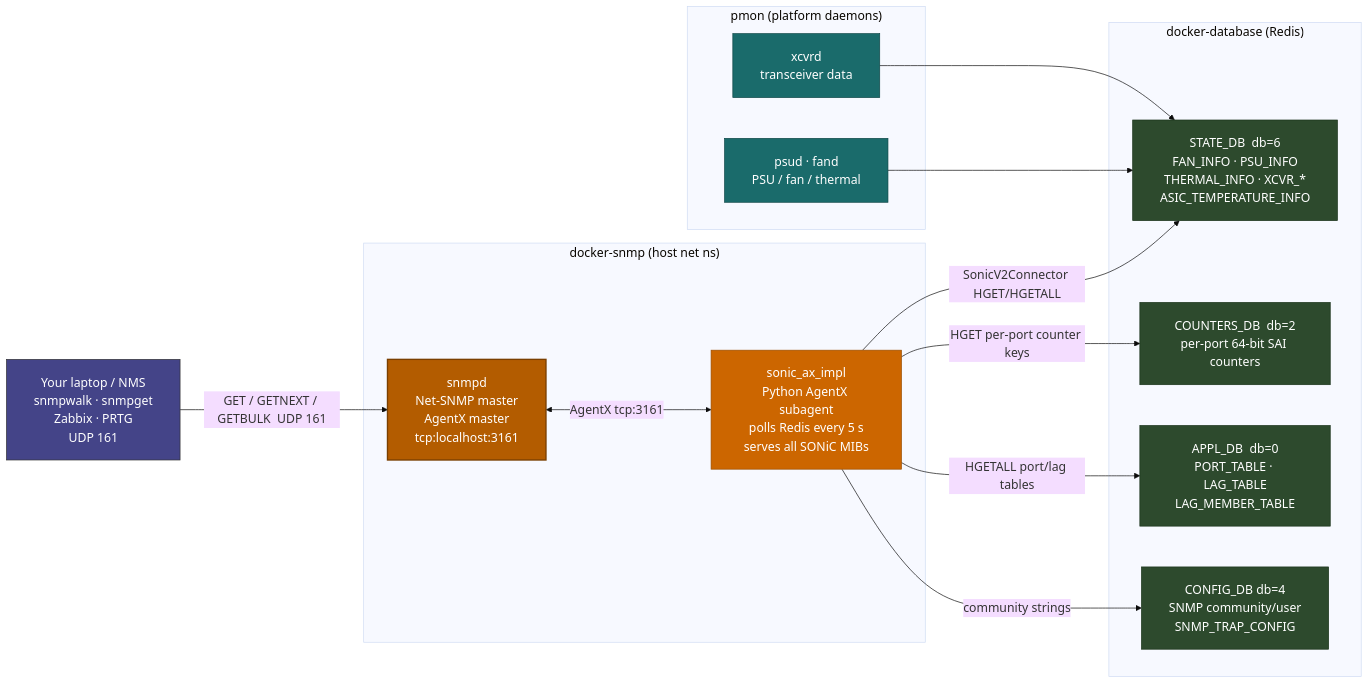
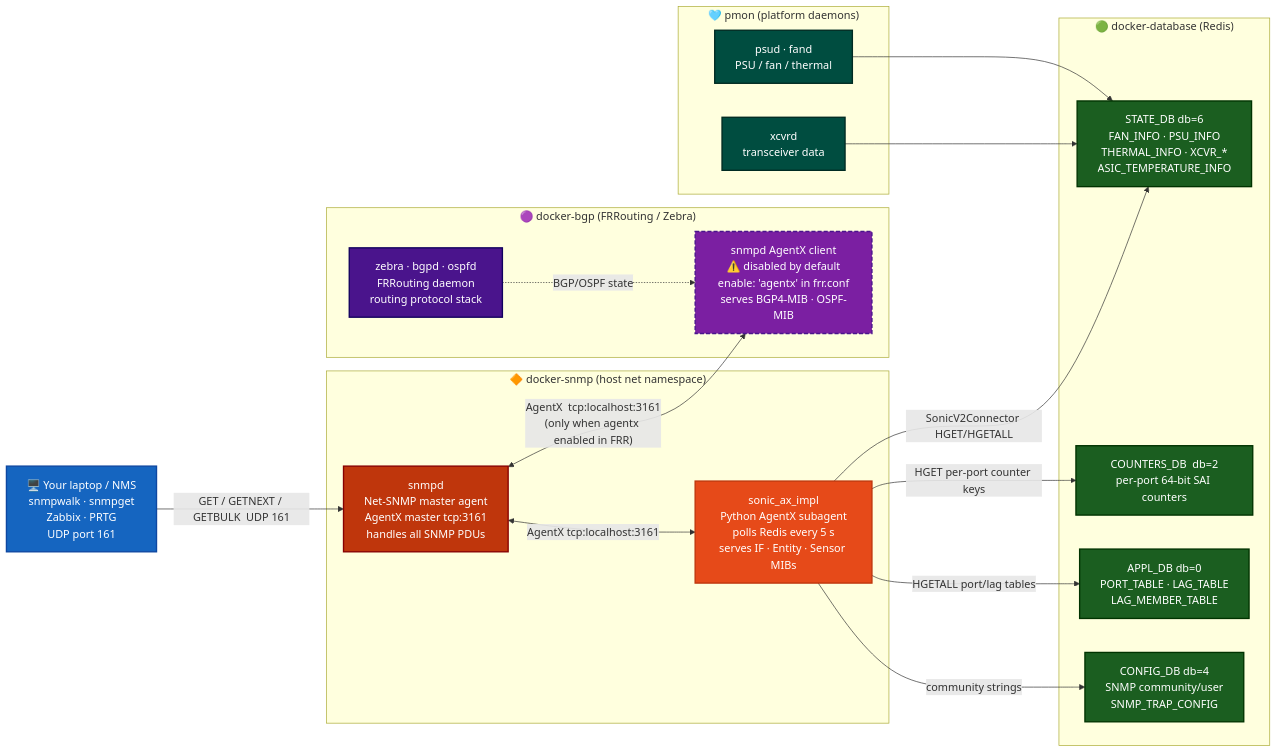
The first of 17 diagrams in docs/nms_compliance_gaps.md (thongal-upscale/sonic-snmpagent), drawn with Mermaid before and after one commit. The commit also changed other lines of this file, not shown here.

Commit message:
docs: redesign diagrams with vibrant colors, expand pytest lifecycle, add BGP AgentX container

````diff
--- a/docs/nms_compliance_gaps.md
+++ b/docs/nms_compliance_gaps.md
@@ -28,37 +26,45 @@
 ```mermaid
-%%{init: {'theme': 'base', 'themeVariables': {'fontSize': '18px', 'lineHeight': '1.5'}, 'flowchart': {'nodeSpacing': 60, 'rankSpacing': 70, 'padding': 20}, 'sequence': {'actorFontSize': 18, 'noteFontSize': 17, 'messageFontSize': 17}}}%%
 graph LR
-    classDef ext   fill:#444488,color:#fff,stroke:#333
-    classDef snmp  fill:#b35c00,color:#fff,stroke:#7a3f00,stroke-width:2px
-    classDef sub   fill:#cc6600,color:#fff,stroke:#994d00
-    classDef redis fill:#2d4a2d,color:#fff,stroke:#1a331a
-    classDef pmon  fill:#1a6b6b,color:#fff,stroke:#0d4545
+    classDef ext   fill:#1565C0,color:#fff,stroke:#0D47A1,stroke-width:2px
+    classDef snmp  fill:#BF360C,color:#fff,stroke:#870000,stroke-width:2px
+    classDef sub   fill:#E64A19,color:#fff,stroke:#BF360C,stroke-width:2px
+    classDef redis fill:#1B5E20,color:#fff,stroke:#003300,stroke-width:2px
+    classDef pmon  fill:#004D40,color:#fff,stroke:#002B22,stroke-width:2px
+    classDef bgp   fill:#4A148C,color:#fff,stroke:#12005E,stroke-width:2px
+    classDef bgpax fill:#7B1FA2,color:#fff,stroke:#4A148C,stroke-width:2px,stroke-dasharray:6 3
 
-    NMS["Your laptop / NMS\nsnmpwalk · snmpget\nZabbix · PRTG\nUDP 161"]:::ext
+    NMS["🖥️  Your laptop / NMS\nsnmpwalk · snmpget\nZabbix · PRTG\nUDP port 161"]:::ext
 
-    subgraph docker_snmp["docker-snmp  (host net ns)"]
-        SNMPD["snmpd\nNet-SNMP master\nAgentX master\ntcp:localhost:3161"]:::snmp
-        AX["sonic_ax_impl\nPython AgentX subagent\npolls Redis every 5 s\nserves all SONiC MIBs"]:::sub
+    subgraph docker_snmp["🔶  docker-snmp  (host net namespace)"]
+        SNMPD["snmpd\nNet-SNMP master agent\nAgentX master  tcp:3161\nhandles all SNMP PDUs"]:::snmp
+        AX["sonic_ax_impl\nPython AgentX subagent\npolls Redis every 5 s\nserves IF · Entity · Sensor MIBs"]:::sub
     end
 
-    subgraph docker_database["docker-database  (Redis)"]
+    subgraph docker_bgp["🟣  docker-bgp  (FRRouting / Zebra)"]
+        FRR["zebra · bgpd · ospfd\nFRRouting daemon\nrouting protocol stack"]:::bgp
+        BGP_AX["snmpd AgentX client\n⚠️ disabled by default\nenable: 'agentx' in frr.conf\nserves BGP4-MIB · OSPF-MIB"]:::bgpax
+    end
+
+    subgraph docker_database["🟢  docker-database  (Redis)"]
         STATE["STATE_DB  db=6\nFAN_INFO · PSU_INFO\nTHERMAL_INFO · XCVR_*\nASIC_TEMPERATURE_INFO"]:::redis
         CNT["COUNTERS_DB  db=2\nper-port 64-bit SAI counters"]:::redis
         APPL["APPL_DB  db=0\nPORT_TABLE · LAG_TABLE\nLAG_MEMBER_TABLE"]:::redis
         CFG["CONFIG_DB  db=4\nSNMP community/user\nSNMP_TRAP_CONFIG"]:::redis
     end
 
-    subgraph pmon["pmon  (platform daemons)"]
+    subgraph pmon["🩵  pmon  (platform daemons)"]
         XCVRD["xcvrd\ntransceiver data"]:::pmon
         PSUD["psud · fand\nPSU / fan / thermal"]:::pmon
     end
 
-    NMS -->|"GET / GETNEXT / GETBULK  UDP 161"| SNMPD
-    SNMPD <-->|"AgentX tcp:3161"| AX
-    AX -->|"SonicV2Connector HGET/HGETALL"| STATE
-    AX -->|"HGET per-port counter keys"| CNT
-    AX -->|"HGETALL port/lag tables"| APPL
-    AX -->|"community strings"| CFG
-    XCVRD --> STATE
-    PSUD --> STATE
+    NMS      -->|"GET / GETNEXT / GETBULK  UDP 161"| SNMPD
+    SNMPD   <-->|"AgentX  tcp:localhost:3161"| AX
+    SNMPD   <-->|"AgentX  tcp:localhost:3161\n(only when agentx enabled in FRR)"| BGP_AX
+    FRR      -.->|"BGP/OSPF state"| BGP_AX
+    AX       -->|"SonicV2Connector HGET/HGETALL"| STATE
+    AX       -->|"HGET per-port counter keys"| CNT
+    AX       -->|"HGETALL port/lag tables"| APPL
+    AX       -->|"community strings"| CFG
+    XCVRD    --> STATE
+    PSUD     --> STATE
 ```
````
